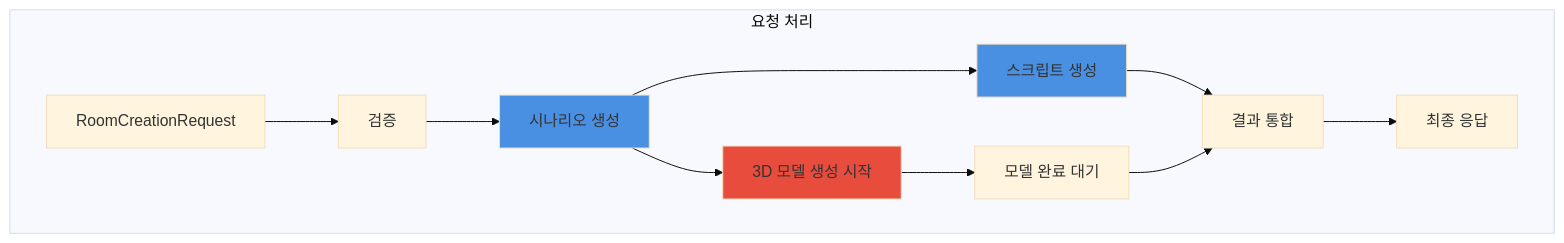
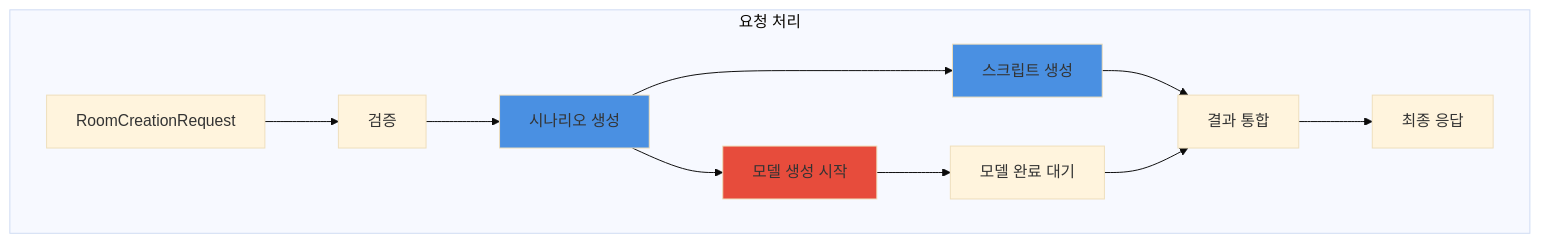
Before and after one commit to Febriez/eroom-docs: the first of 2 diagrams in backend/room-service.md, drawn with Mermaid (base theme). The commit also changed other lines of this file and 5 other files, not shown here.

````diff
--- a/backend/room-service.md
+++ b/backend/room-service.md
@@ -16,17 +16,17 @@
-{% mermaid %}
-flowchart TB
-subgraph "요청 처리"
-A[RoomCreationRequest] --> B[검증]
-B --> C[시나리오 생성]
-C --> D[3D 모델 생성 시작]
-C --> E[스크립트 생성]
-D --> F[모델 완료 대기]
-E --> G[결과 통합]
-F --> G
-G --> H[최종 응답]
-end
+```mermaid
+flowchart TD
+    subgraph "요청 처리"
+        A[RoomCreationRequest] --> B[검증]
+        B --> C[시나리오 생성]
+        C --> D[모델 생성 시작]
+        C --> E[스크립트 생성]
+        D --> F[모델 완료 대기]
+        E --> G[결과 통합]
+        F --> G
+        G --> H[최종 응답]
+    end
 
     style C fill:#4a90e2
     style D fill:#e74c3c
     style E fill:#4a90e2
-{% endmermaid %}
+```
````
